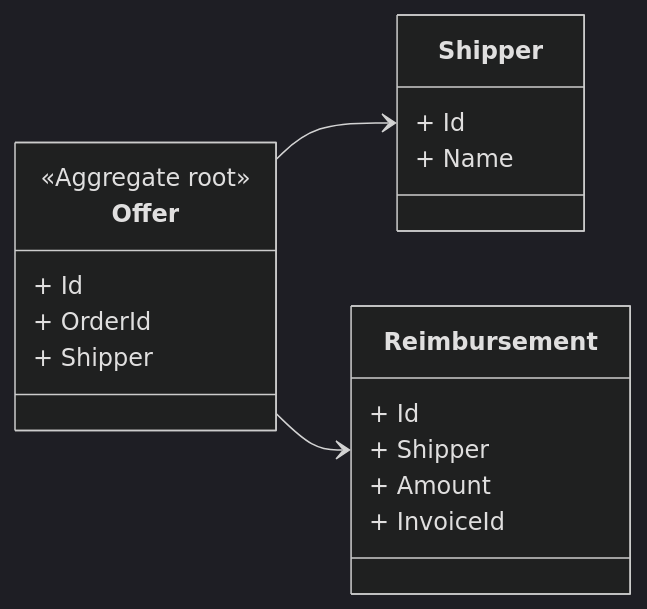
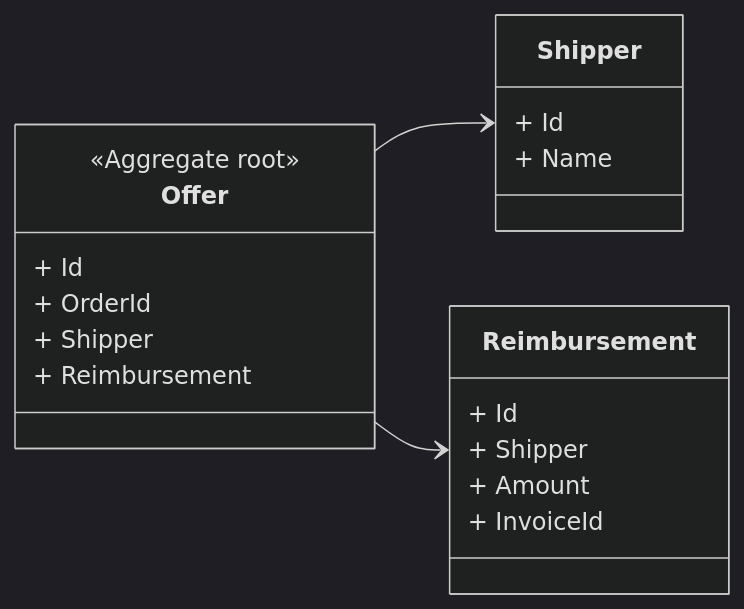
One commit to fatimamatieva/DAT240_ASSIGNMENTS changed the diagram in Lab3/docs/5.mmd. Above: the diagram before and after it, drawn with Mermaid (dark theme). The commit also changed 11 other files, not shown here.

```diff
--- a/Lab3/docs/5.mmd
+++ b/Lab3/docs/5.mmd
@@ -1,21 +1,22 @@
 
 classDiagram
     direction LR
     class Offer {
         <<Aggregate root>>
         + Id
         + OrderId
         + Shipper
+        + Reimbursement
     }
     class Shipper {
         + Id
         + Name
     }
     class Reimbursement {
         + Id
         + Shipper
         + Amount
         + InvoiceId
     }
     Offer --> Shipper
     Offer --> Reimbursement
```
